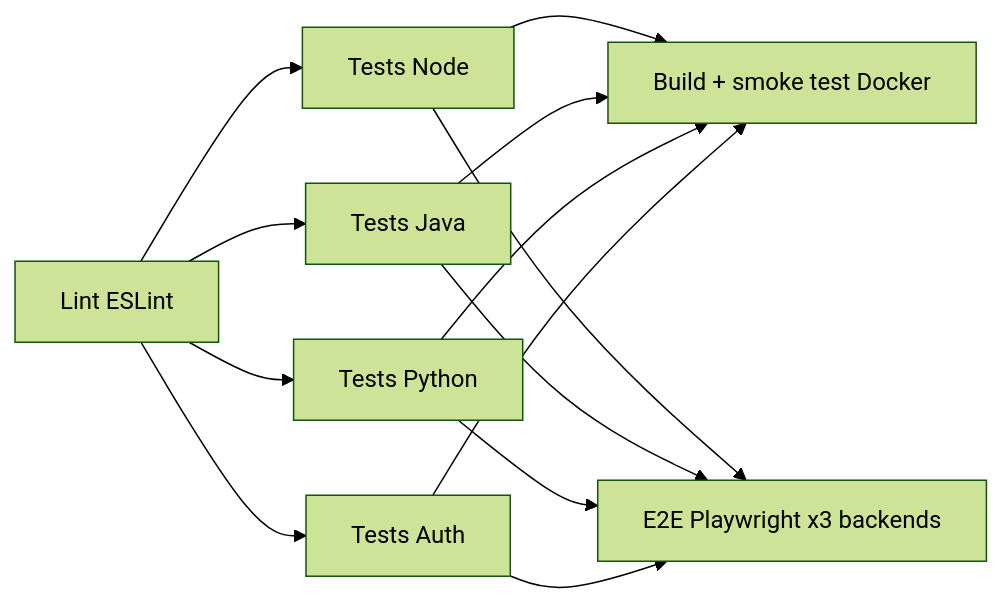
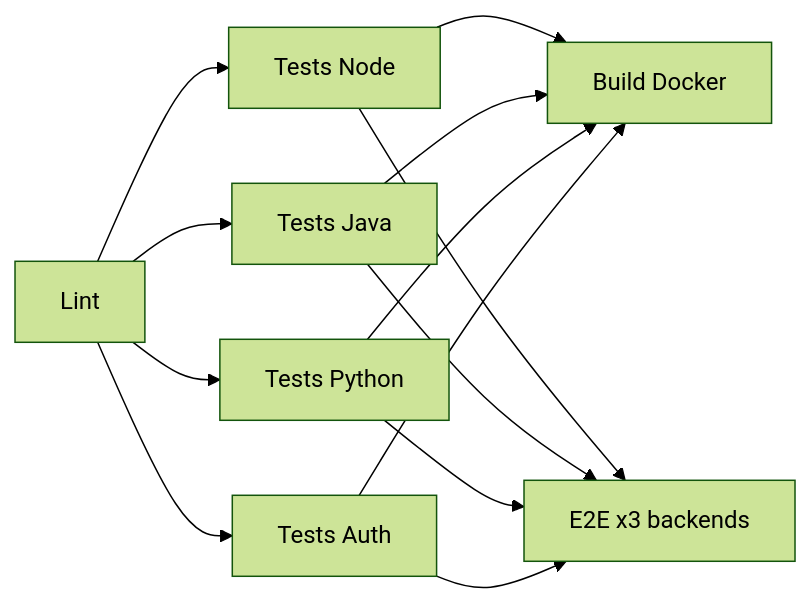
Before and after one commit to Buzz30Gotcho/calculatorapi-js: the third of 4 diagrams in README.md, drawn with Mermaid (forest theme). The commit also changed other lines of this file, not shown here.

````diff
--- a/README.md
+++ b/README.md
@@ -200,15 +190,15 @@
 ```mermaid
 flowchart LR
-    L[Lint ESLint] --> TN[Tests Node]
+    L[Lint] --> TN[Tests Node]
     L --> TJ[Tests Java]
     L --> TP[Tests Python]
     L --> TA[Tests Auth]
-    TN --> D[Build + smoke test Docker]
+    TN --> D[Build Docker]
     TJ --> D
     TP --> D
     TA --> D
-    TN --> E[E2E Playwright x3 backends]
+    TN --> E[E2E x3 backends]
     TJ --> E
     TP --> E
     TA --> E
 ```
````
